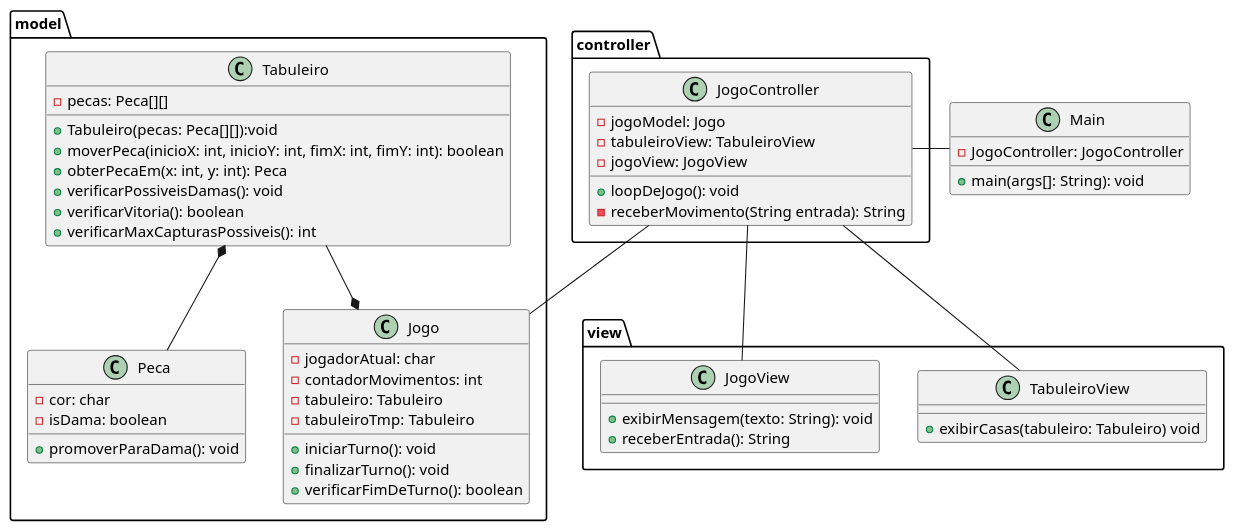
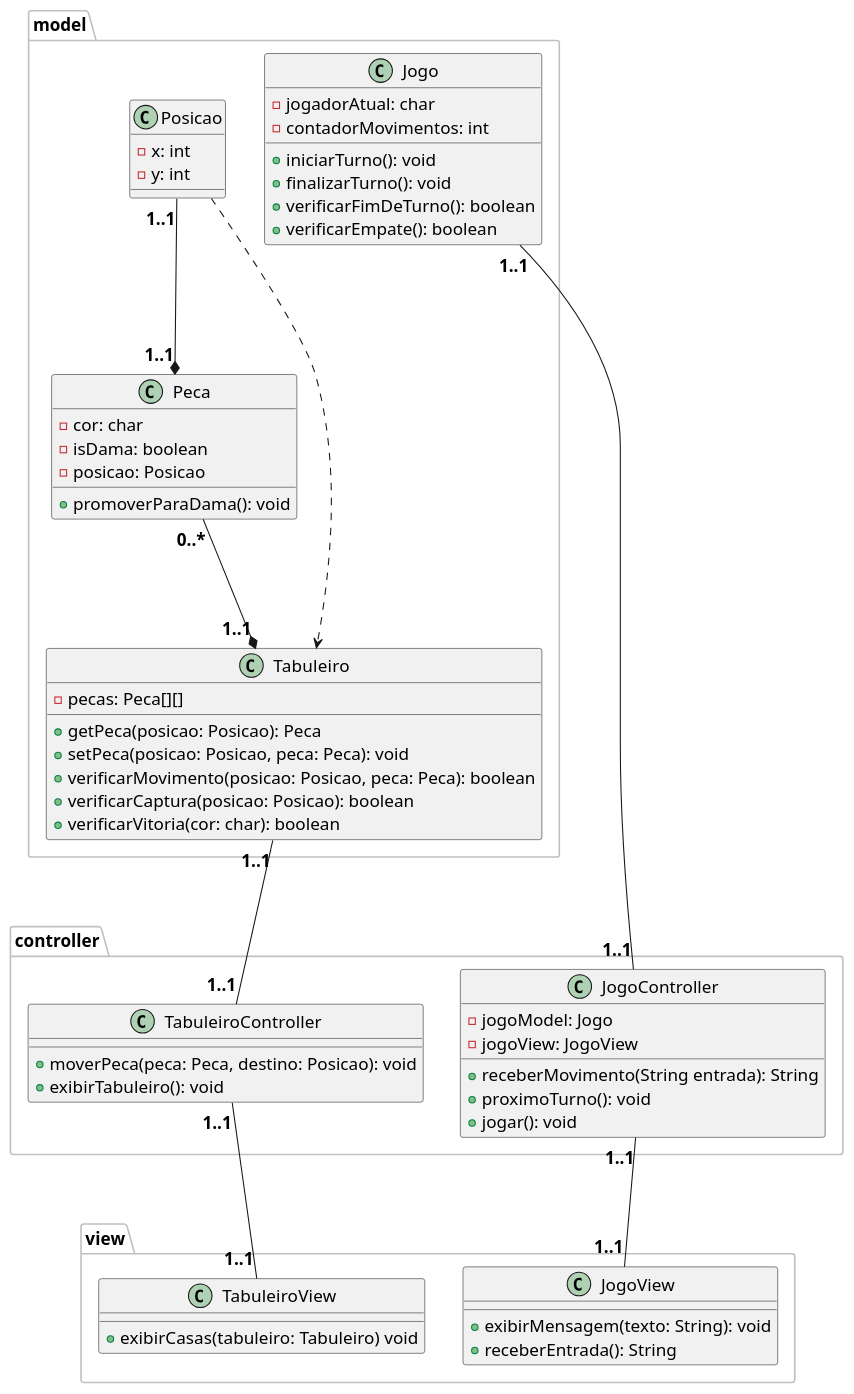
The diagram in docs/diagrams/src/classes.puml (carlos-e-araujo/jogo-de-damas), drawn with PlantUML before and after one commit. The commit also changed 3 other files, not shown here.

Commit message:
Refactor activity and class diagrams: streamline game logic and enhance UML representation

```diff
--- a/docs/diagrams/src/classes.puml
+++ b/docs/diagrams/src/classes.puml
@@ -1,69 +1,77 @@
 @startuml Classes
+
+skinparam ArrowFontStyle bold
+skinparam PackageBorderColor #C0C0C0
+skinparam DefaultFontSize 16
 
 package model {
     class Tabuleiro {
         -pecas: Peca[][]
 
-        +Tabuleiro(pecas: Peca[][]):void
-        +moverPeca(inicioX: int, inicioY: int, fimX: int, fimY: int): boolean
-        +obterPecaEm(x: int, y: int): Peca
-        +verificarPossiveisDamas(): void
-        +verificarVitoria(): boolean
-        +verificarMaxCapturasPossiveis(): int
+        +getPeca(posicao: Posicao): Peca
+        +setPeca(posicao: Posicao, peca: Peca): void
+        +verificarMovimento(posicao: Posicao, peca: Peca): boolean
+        +verificarCaptura(posicao: Posicao): boolean
+        +verificarVitoria(cor: char): boolean
+    }
+
+    class Posicao {
+        -x: int
+        -y: int
     }
 
     class Peca {
         -cor: char
         -isDama: boolean
+        -posicao: Posicao
 
         +promoverParaDama(): void
     }
 
     class Jogo {
         -jogadorAtual: char
         -contadorMovimentos: int
-        -tabuleiro: Tabuleiro
-        -tabuleiroTmp: Tabuleiro
 
         +iniciarTurno(): void
         +finalizarTurno(): void
         +verificarFimDeTurno(): boolean
+        +verificarEmpate(): boolean
+    }
+}
+
+package controller {
+    class JogoController {
+        -jogoModel: Jogo
+        -jogoView: JogoView
+
+        +receberMovimento(String entrada): String
+        +proximoTurno(): void
+        +jogar(): void
+    }
+
+    class TabuleiroController {
+        +moverPeca(peca: Peca, destino: Posicao): void
+        +exibirTabuleiro(): void
     }
 }
 
 package view {
     class TabuleiroView {
         +exibirCasas(tabuleiro: Tabuleiro) void
     }
 
     class JogoView {
         +exibirMensagem(texto: String): void
         +receberEntrada(): String
     }
 }
 
-package controller {
-    class JogoController {
-        -jogoModel: Jogo
-        -tabuleiroView: TabuleiroView
-        -jogoView: JogoView
-
-        +loopDeJogo(): void
-        -receberMovimento(String entrada): String
-    }
-}
-
-class Main {
-    - JogoController: JogoController
-
-    + main(args[]: String): void
-}
-
-Tabuleiro *-- Peca
-Tabuleiro --* Jogo
-JogoController -- TabuleiroView
-JogoController -- JogoView
-JogoController -- Jogo
-JogoController - Main
+model.Posicao "1..1" ---* "1..1" model.Peca
+model.Peca "0..*" ---* "1..1" model.Tabuleiro
+model.Posicao ...> model.Tabuleiro
+model.Tabuleiro "1..1" --- "1..1" controller.TabuleiroController
+model.Jogo "1..1" --- "1..1" controller.JogoController
+controller.TabuleiroController "1..1" --- "1..1" view.TabuleiroView
+controller.JogoController "1..1" --- "1..1" view.JogoView
 
 @enduml
```
